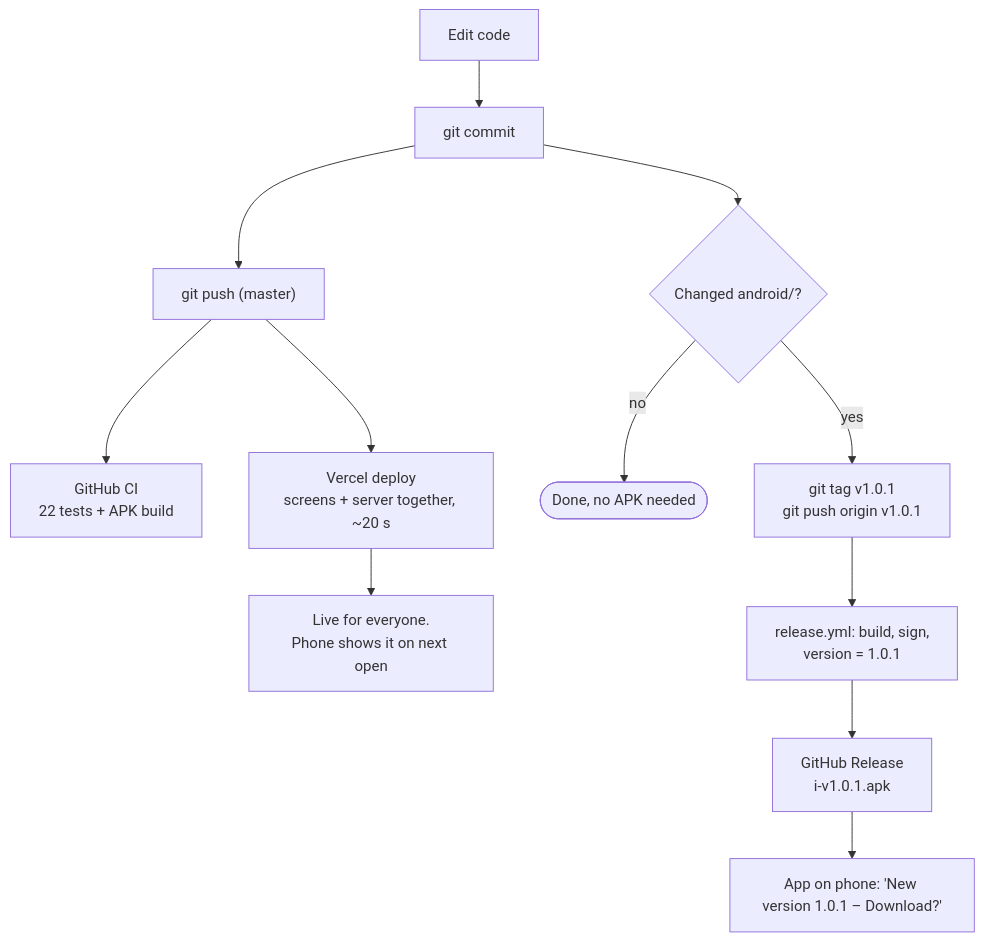
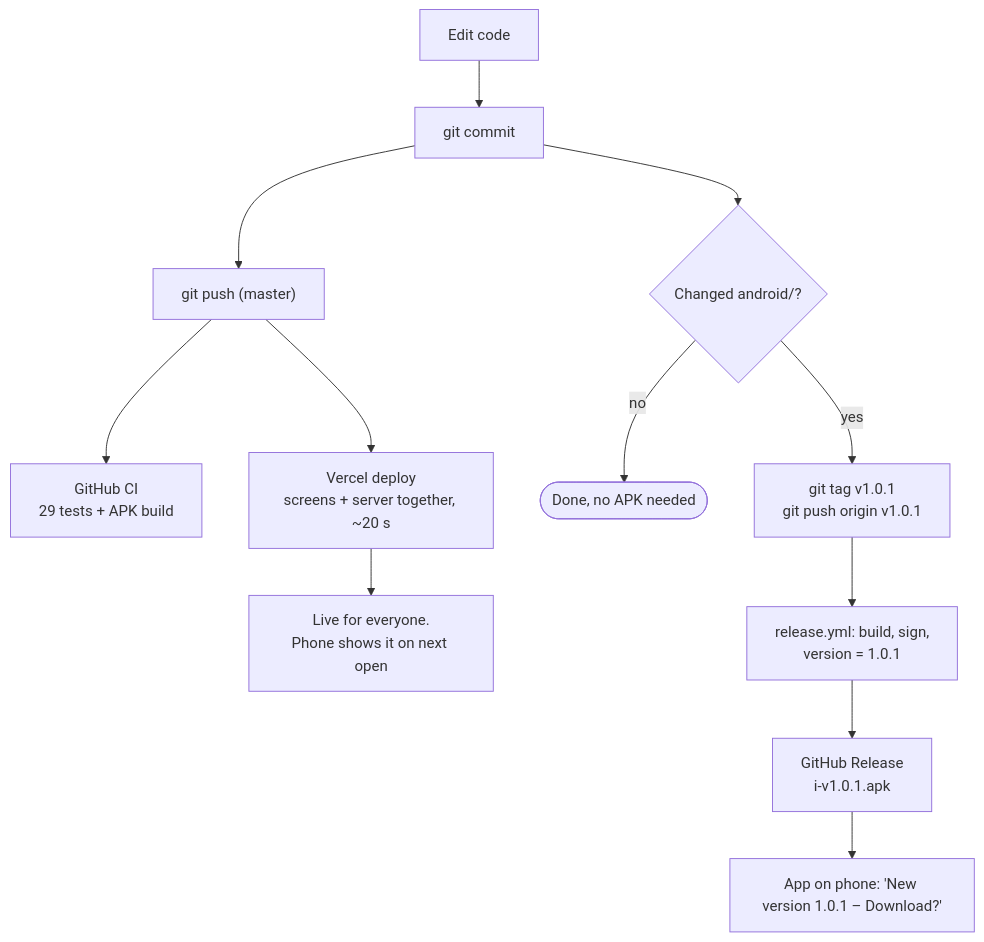
Before and after one commit to itssinghankit/i: the seventh of 7 diagrams in README.md, drawn with Mermaid. The commit also changed other lines of this file and 9 other files, not shown here.

````diff
--- a/README.md
+++ b/README.md
@@ -219,14 +264,14 @@
 ```mermaid
 flowchart TD
     E["Edit code"] --> C["git commit"]
     C --> P["git push (master)"]
-    P --> CI["GitHub CI<br/>22 tests + APK build"]
+    P --> CI["GitHub CI<br/>29 tests + APK build"]
     P --> V["Vercel deploy<br/>screens + server together, ~20 s"]
     V --> L["Live for everyone.<br/>Phone shows it on next open"]
     C --> Q{"Changed android/?"}
     Q -- "no" --> Done(["Done, no APK needed"])
     Q -- "yes" --> T["git tag v1.0.1<br/>git push origin v1.0.1"]
     T --> R["release.yml: build, sign,<br/>version = 1.0.1"]
     R --> GR["GitHub Release<br/>i-v1.0.1.apk"]
     GR --> U["App on phone: 'New version 1.0.1 – Download?'"]
 ```
````
